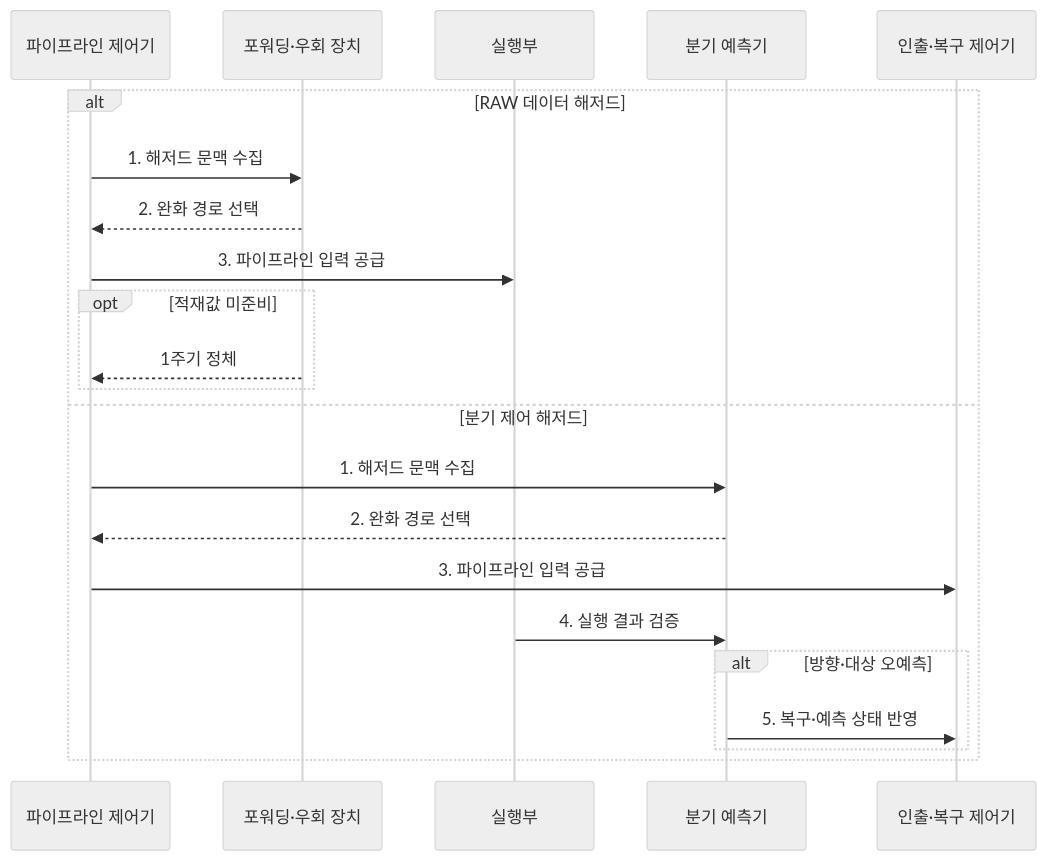
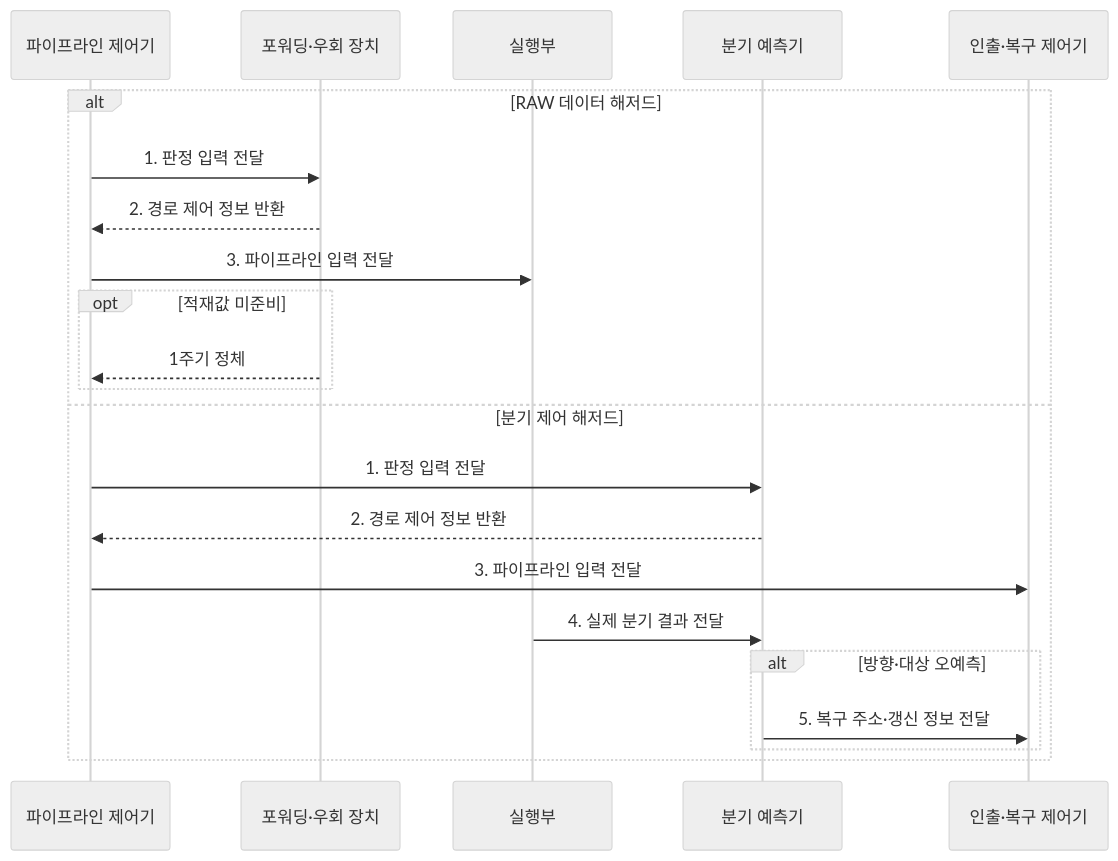
The second of 2 diagrams in src/content/docs/notes/02-hardware/008_pipeline_forwarding_branch_prediction.md (agnusdei1207/knowledge-base), drawn with Mermaid (neutral theme) before and after one commit. The commit also changed other lines of this file and 20 other files, not shown here.

````diff
--- a/src/content/docs/notes/02-hardware/008_pipeline_forwarding_branch_prediction.md
+++ b/src/content/docs/notes/02-hardware/008_pipeline_forwarding_branch_prediction.md
@@ -87,24 +85,24 @@
 ```mermaid
 sequenceDiagram
     participant C as 파이프라인 제어기
     participant D as 포워딩·우회 장치
     participant E as 실행부
     participant B as 분기 예측기
     participant I as 인출·복구 제어기
     alt RAW 데이터 해저드
-        C->>D: 1. 해저드 문맥 수집
-        D-->>C: 2. 완화 경로 선택
-        C->>E: 3. 파이프라인 입력 공급
+        C->>D: 1. 판정 입력 전달
+        D-->>C: 2. 경로 제어 정보 반환
+        C->>E: 3. 파이프라인 입력 전달
         opt 적재값 미준비
             D-->>C: 1주기 정체
         end
     else 분기 제어 해저드
-        C->>B: 1. 해저드 문맥 수집
-        B-->>C: 2. 완화 경로 선택
-        C->>I: 3. 파이프라인 입력 공급
-        E->>B: 4. 실행 결과 검증
+        C->>B: 1. 판정 입력 전달
+        B-->>C: 2. 경로 제어 정보 반환
+        C->>I: 3. 파이프라인 입력 전달
+        E->>B: 4. 실제 분기 결과 전달
         alt 방향·대상 오예측
-            B->>I: 5. 복구·예측 상태 반영
+            B->>I: 5. 복구 주소·갱신 정보 전달
         end
     end
 ```
````
